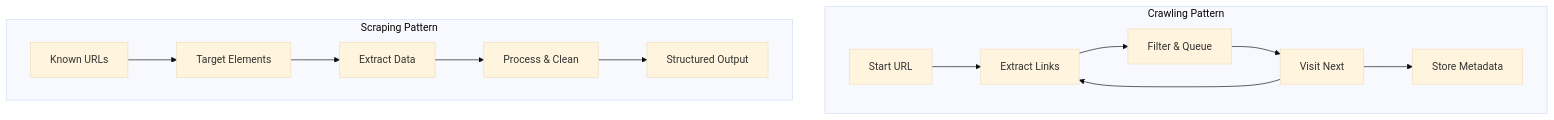
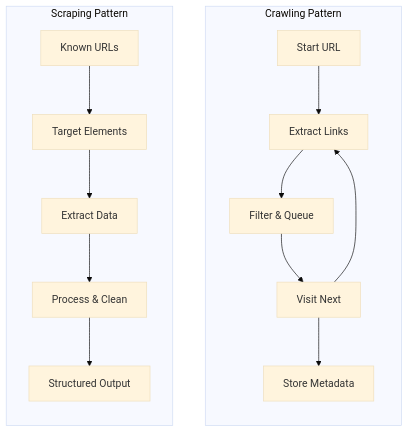
Before and after one commit to bytetunnels/bytetunnels.github.com: the second of 2 diagrams in _posts/2025-05-05-scraping-vs-crawling-differences.md, drawn with Mermaid (base theme). The commit also changed other lines of this file and 118 other files, not shown here.

Commit message:
feat: improve diagram styling and compact wide flowcharts

````diff
--- a/_posts/2025-05-05-scraping-vs-crawling-differences.md
+++ b/_posts/2025-05-05-scraping-vs-crawling-differences.md
@@ -216,19 +218,21 @@
 ```mermaid
 flowchart TD
     subgraph CP["Crawling Pattern"]
+        direction TB
         CR1[Start URL]
         CR1 --> CR2[Extract Links]
         CR2 --> CR3[Filter & Queue]
         CR3 --> CR4[Visit Next]
         CR4 --> CR2
         CR4 --> CR5[Store Metadata]
     end
 
     subgraph SP["Scraping Pattern"]
+        direction TB
         SC1[Known URLs]
         SC1 --> SC2[Target Elements]
         SC2 --> SC3[Extract Data]
         SC3 --> SC4[Process & Clean]
         SC4 --> SC5[Structured Output]
     end
 ```
````
